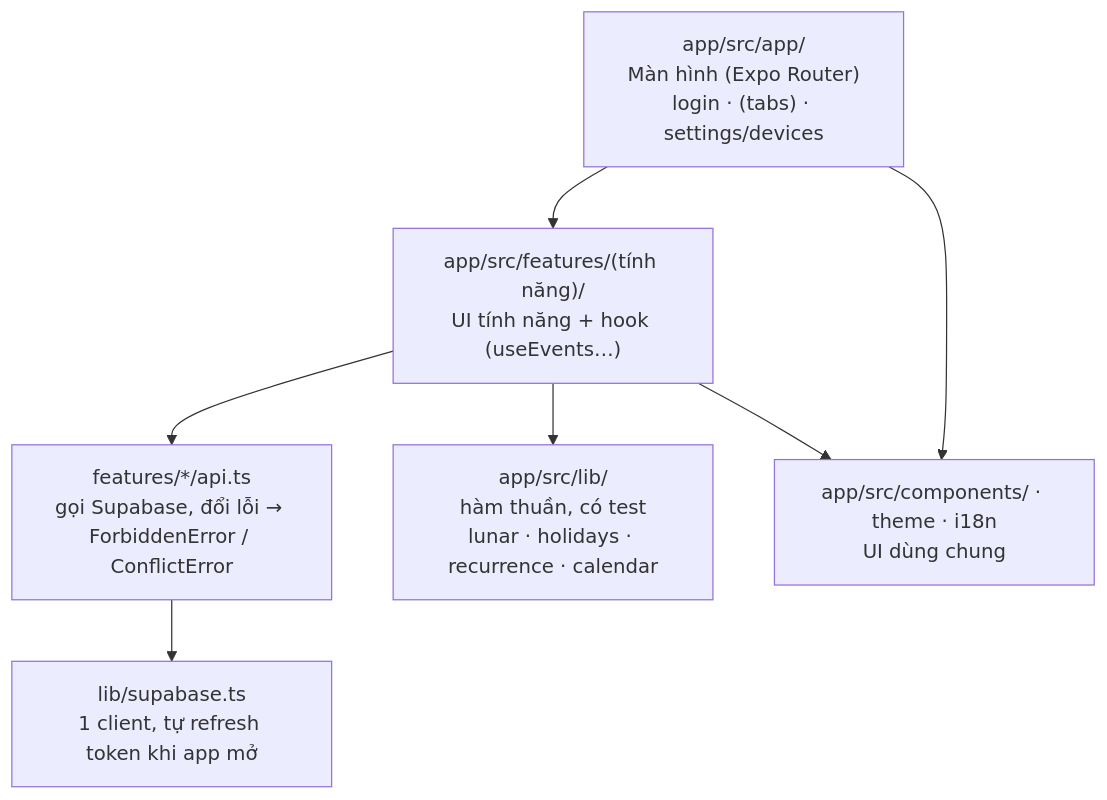
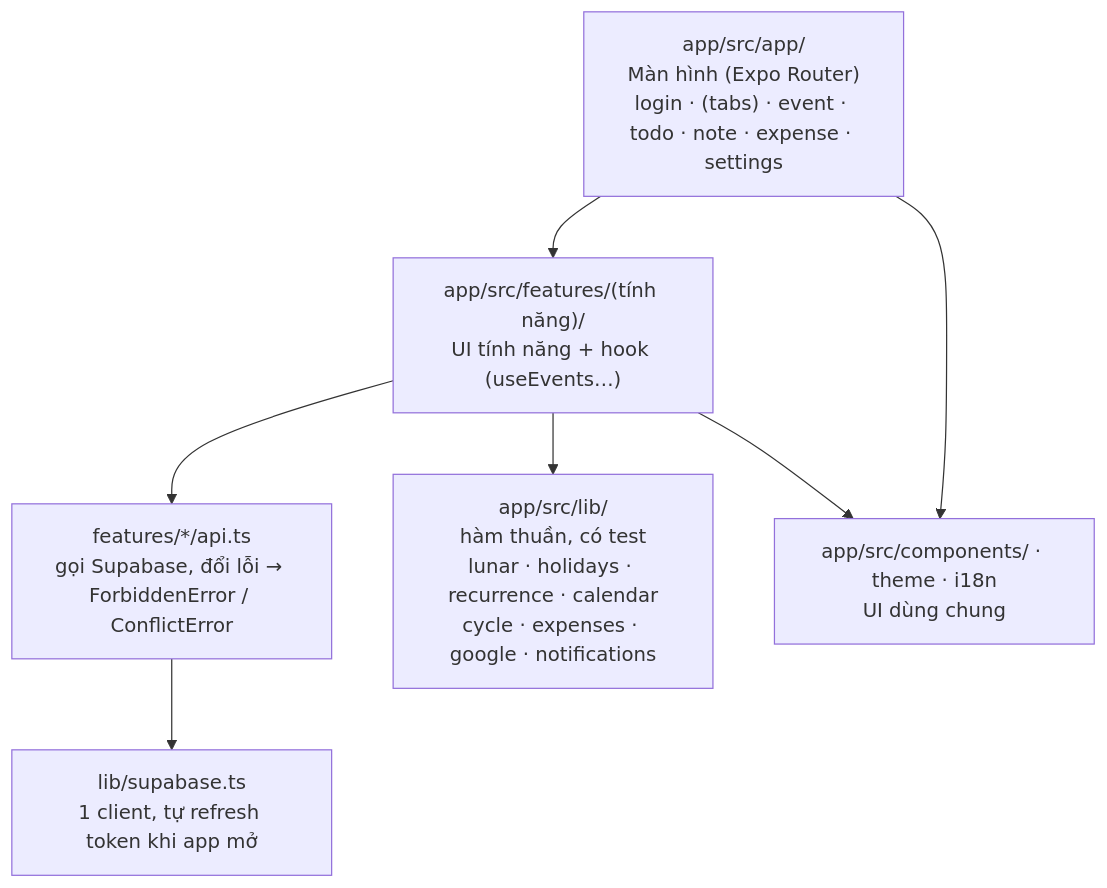
One commit to danhbuidcn/daynest changed the third of 3 diagrams in docs/specs/architecture/index.md. Above: the diagram before and after it, drawn with Mermaid. The commit also changed other lines of this file and 13 other files, not shown here.

Commit message:
docs: update architecture to v5.0.1

````diff
--- a/docs/specs/architecture/index.md
+++ b/docs/specs/architecture/index.md
@@ -90,16 +101,16 @@
 ```mermaid
 flowchart TB
-  Screens["app/src/app/<br/>Màn hình (Expo Router)<br/>login · (tabs) · settings/devices"]
+  Screens["app/src/app/<br/>Màn hình (Expo Router)<br/>login · (tabs) · event · todo · note · expense · settings"]
   Features["app/src/features/(tính năng)/<br/>UI tính năng + hook (useEvents…)"]
   Api["features/*/api.ts<br/>gọi Supabase, đổi lỗi → ForbiddenError / ConflictError"]
-  Lib["app/src/lib/<br/>hàm thuần, có test<br/>lunar · holidays · recurrence · calendar"]
+  Lib["app/src/lib/<br/>hàm thuần, có test<br/>lunar · holidays · recurrence · calendar<br/>cycle · expenses · google · notifications"]
   Shared["app/src/components/ · theme · i18n<br/>UI dùng chung"]
   Client["lib/supabase.ts<br/>1 client, tự refresh token khi app mở"]
 
   Screens --> Features
   Screens --> Shared
   Features --> Shared
   Features --> Api
   Features --> Lib
   Api --> Client
 ```
````
